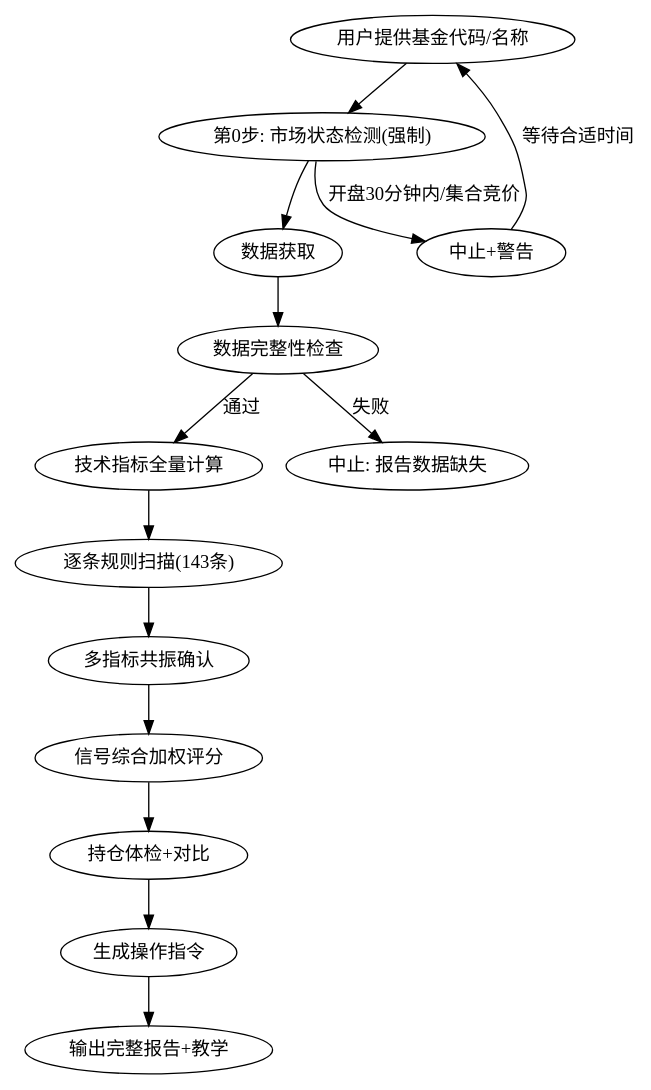
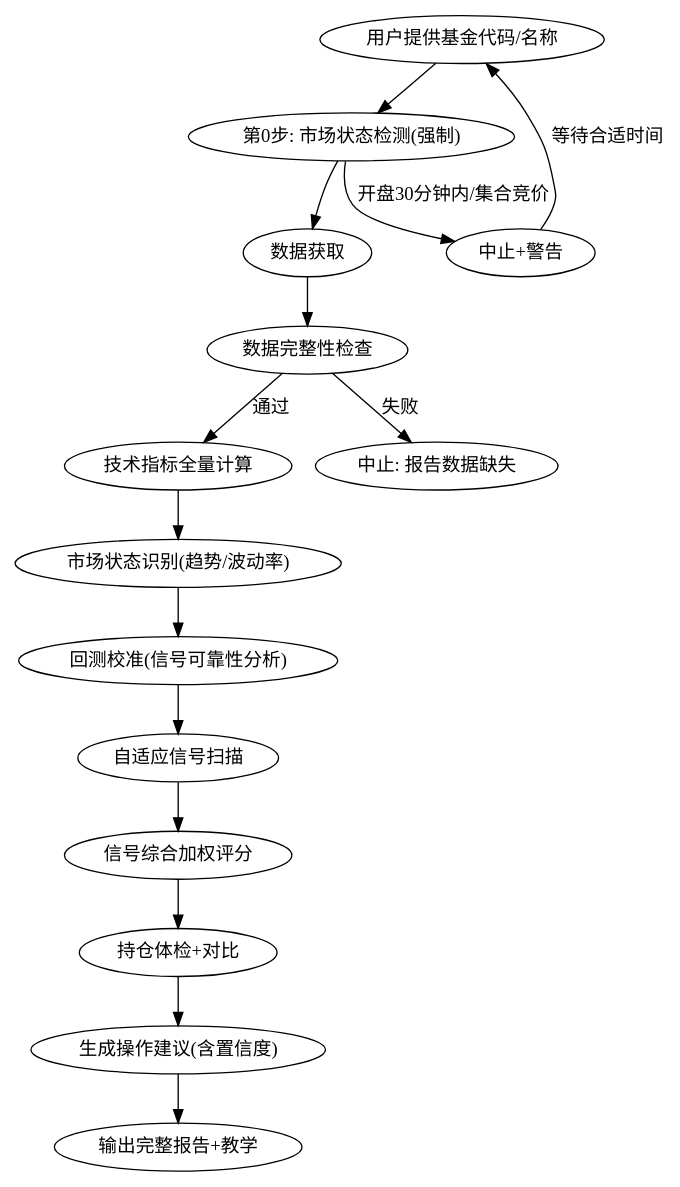
The diagram in SKILL.md (windmills/fund-bible), drawn with Graphviz before and after one commit. The commit also changed other lines of this file and 1 other file, not shown here.

````diff
--- a/SKILL.md
+++ b/SKILL.md
@@ -16,17 +27,18 @@
 ```dot
 digraph fund_analysis {
     "用户提供基金代码/名称" -> "第0步: 市场状态检测(强制)";
     "第0步: 市场状态检测(强制)" -> "数据获取";
     "第0步: 市场状态检测(强制)" -> "中止+警告" [label="开盘30分钟内/集合竞价"];
     "中止+警告" -> "用户提供基金代码/名称" [label="等待合适时间"];
     "数据获取" -> "数据完整性检查";
     "数据完整性检查" -> "技术指标全量计算" [label="通过"];
     "数据完整性检查" -> "中止: 报告数据缺失" [label="失败"];
-    "技术指标全量计算" -> "逐条规则扫描(143条)";
-    "逐条规则扫描(143条)" -> "多指标共振确认";
-    "多指标共振确认" -> "信号综合加权评分";
+    "技术指标全量计算" -> "市场状态识别(趋势/波动率)";
+    "市场状态识别(趋势/波动率)" -> "回测校准(信号可靠性分析)";
+    "回测校准(信号可靠性分析)" -> "自适应信号扫描";
+    "自适应信号扫描" -> "信号综合加权评分";
     "信号综合加权评分" -> "持仓体检+对比";
-    "持仓体检+对比" -> "生成操作指令";
-    "生成操作指令" -> "输出完整报告+教学";
+    "持仓体检+对比" -> "生成操作建议(含置信度)";
+    "生成操作建议(含置信度)" -> "输出完整报告+教学";
 }
 ```
````
